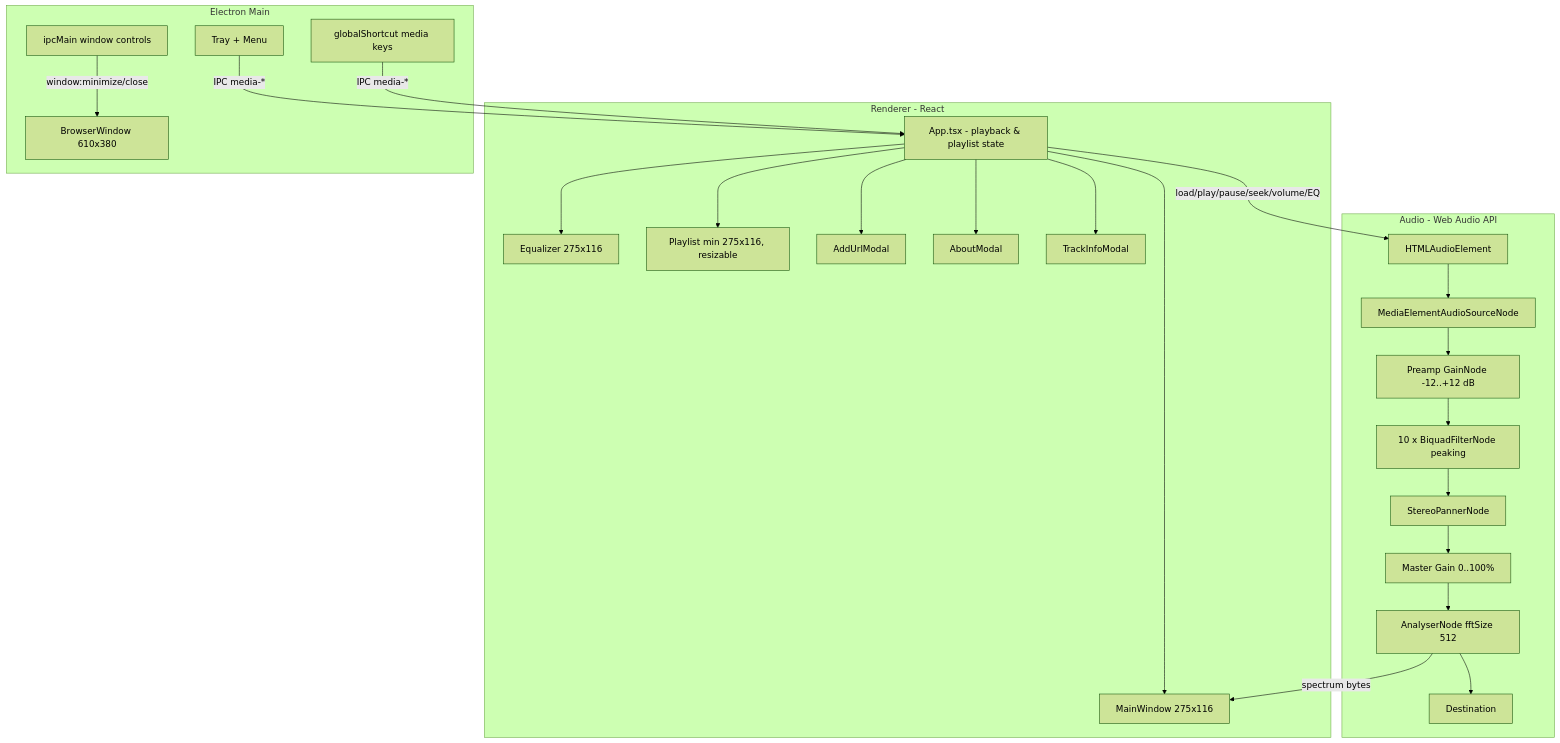
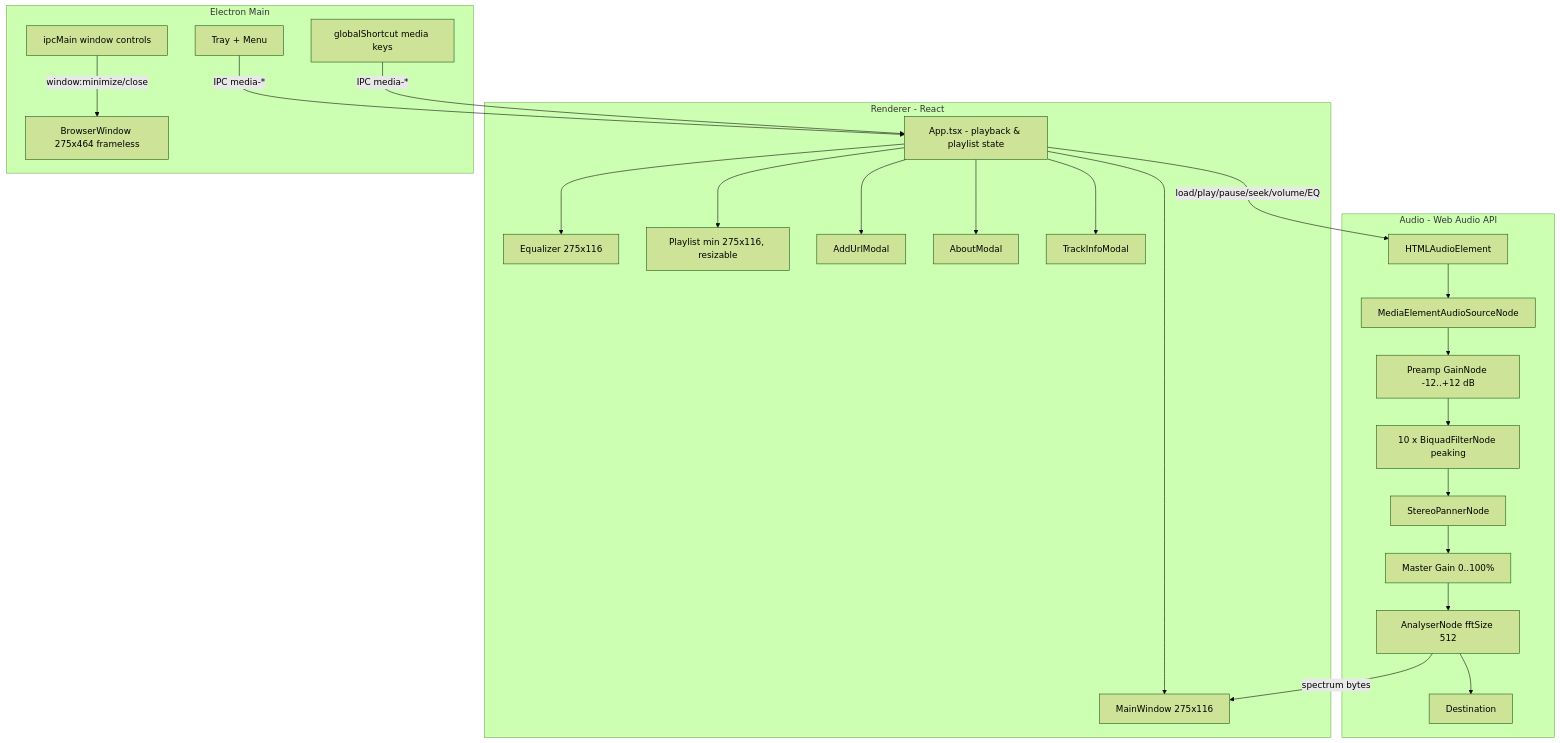
The diagram in docs/ARCHITECTURE.md (idriskatar/WinAMP-retro-player), drawn with Mermaid (forest theme) before and after one commit. The commit also changed other lines of this file and 8 other files, not shown here.

````diff
--- a/docs/ARCHITECTURE.md
+++ b/docs/ARCHITECTURE.md
@@ -9,43 +9,43 @@
 ```mermaid
 graph TD
     subgraph Renderer - React
         App[App.tsx - playback & playlist state]
         MW[MainWindow 275x116]
         EQ[Equalizer 275x116]
         PL[Playlist min 275x116, resizable]
         URL[AddUrlModal]
         About[AboutModal]
         Info[TrackInfoModal]
     end
 
     subgraph Audio - Web Audio API
         El[HTMLAudioElement]
         Src[MediaElementAudioSourceNode]
         Pre[Preamp GainNode -12..+12 dB]
         Bands[10 x BiquadFilterNode peaking]
         Pan[StereoPannerNode]
         Master[Master Gain 0..100%]
         An[AnalyserNode fftSize 512]
         Out[Destination]
     end
 
     subgraph Electron Main
-        Win[BrowserWindow 610x380]
+        Win[BrowserWindow 275x464 frameless]
         Tray[Tray + Menu]
         Keys[globalShortcut media keys]
         IPC[ipcMain window controls]
     end
 
     App --> MW
     App --> EQ
     App --> PL
     App --> URL
     App --> About
     App --> Info
     App -- load/play/pause/seek/volume/EQ --> El
     El --> Src --> Pre --> Bands --> Pan --> Master --> An --> Out
     An -- spectrum bytes --> MW
     Tray -- IPC media-* --> App
     Keys -- IPC media-* --> App
     IPC -- window:minimize/close --> Win
 ```
````
